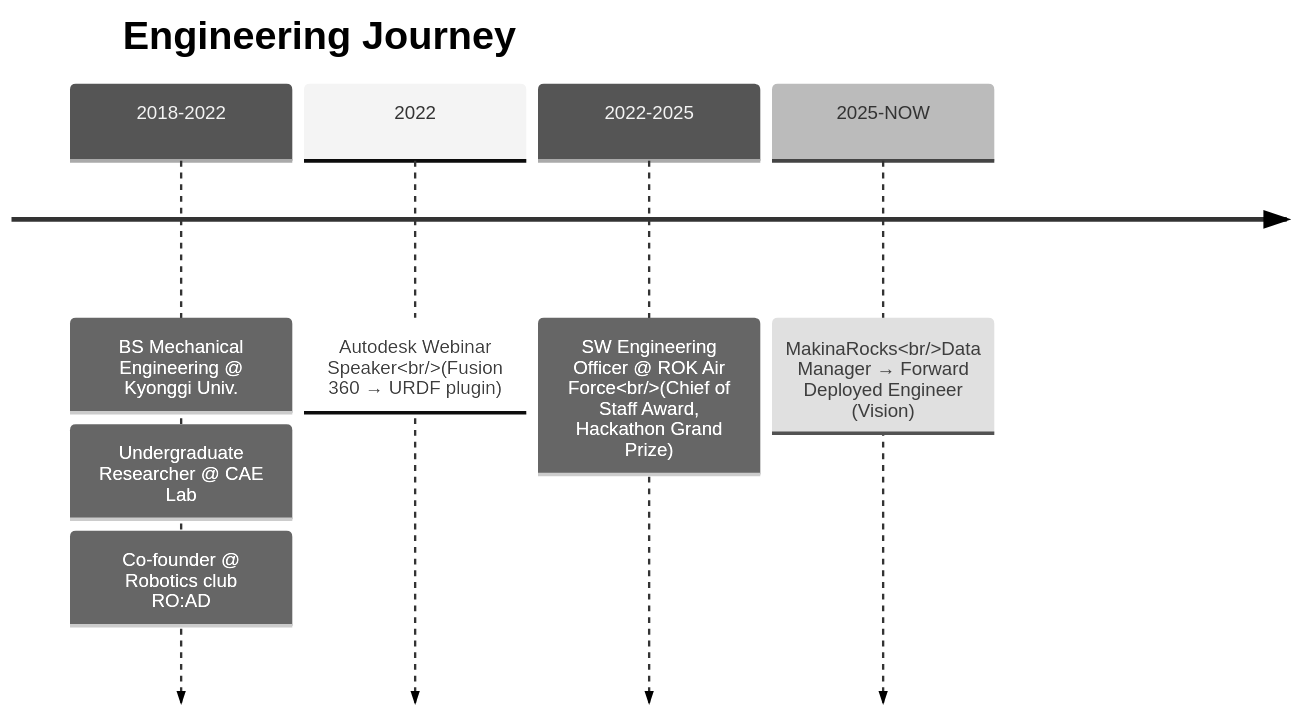
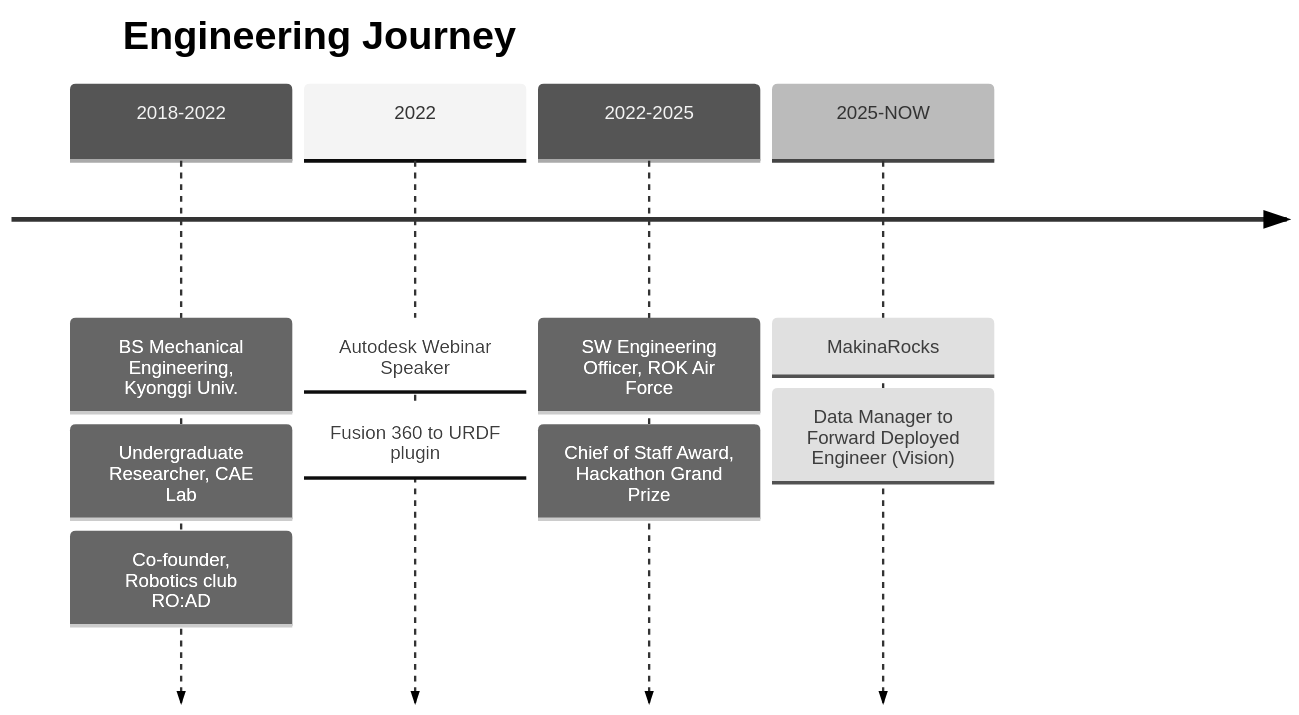
The diagram in README.md (LUKE-hyungjin/LUKE-hyungjin), drawn with Mermaid (neutral theme) before and after one commit. The commit also changed other lines of this file, not shown here.

First line of the commit message:
README: fix timeline line breaks, collapsible project list

````diff
--- a/README.md
+++ b/README.md
@@ -41,10 +41,13 @@
 ```mermaid
 timeline
     title Engineering Journey
-    2018-2022 : BS Mechanical Engineering @ Kyonggi Univ.
-              : Undergraduate Researcher @ CAE Lab
-              : Co-founder @ Robotics club RO:AD
-    2022 : Autodesk Webinar Speaker<br/>(Fusion 360 → URDF plugin)
-    2022-2025 : SW Engineering Officer @ ROK Air Force<br/>(Chief of Staff Award, Hackathon Grand Prize)
-    2025-NOW : MakinaRocks<br/>Data Manager → Forward Deployed Engineer (Vision)
+    2018-2022 : BS Mechanical Engineering, Kyonggi Univ.
+              : Undergraduate Researcher, CAE Lab
+              : Co-founder, Robotics club RO:AD
+    2022 : Autodesk Webinar Speaker
+         : Fusion 360 to URDF plugin
+    2022-2025 : SW Engineering Officer, ROK Air Force
+              : Chief of Staff Award, Hackathon Grand Prize
+    2025-NOW : MakinaRocks
+             : Data Manager to Forward Deployed Engineer (Vision)
 ```
````
